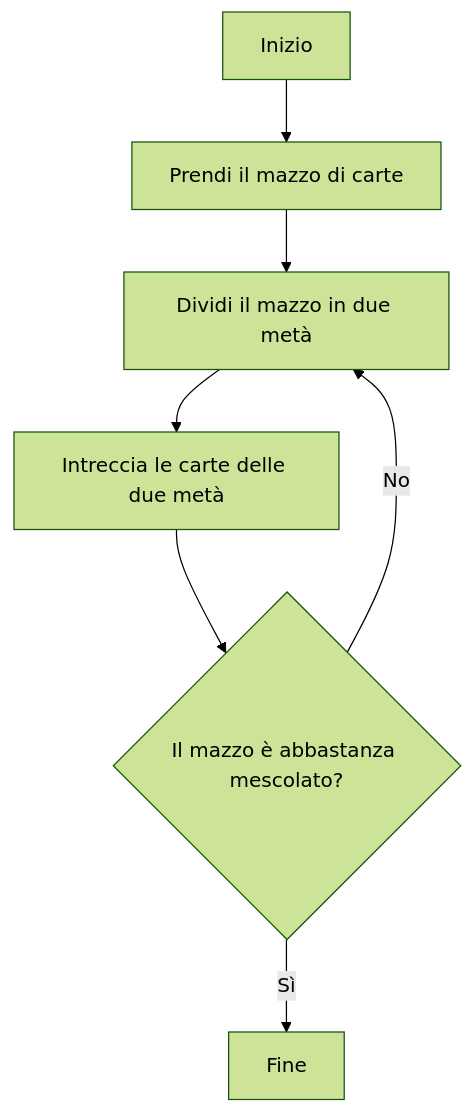
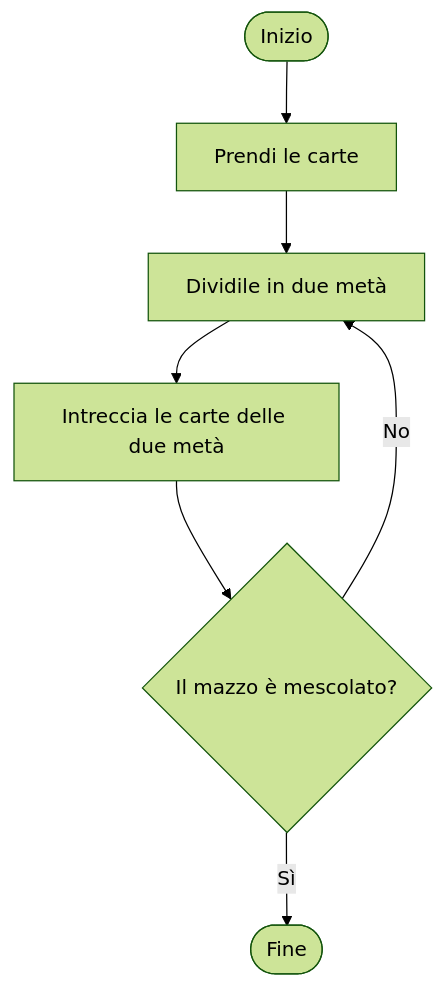
Before and after one commit to riccardodivirgilio/learning-zio: the first of 5 diagrams in src/content/docs/lessons/03-flow.md, drawn with Mermaid (forest theme). The commit also changed other lines of this file, not shown here.

````diff
--- a/src/content/docs/lessons/03-flow.md
+++ b/src/content/docs/lessons/03-flow.md
@@ -12,9 +12,9 @@
 ```mermaid
 flowchart TD
-    A[Inizio] --> B[Prendi il mazzo di carte]
-    B --> C[Dividi il mazzo in due metà]
+    A([Inizio]) --> B[Prendi le carte]
+    B --> C[Dividile in due metà]
     C --> D[Intreccia le carte delle due metà]
-    D --> E{Il mazzo è abbastanza mescolato?}
+    D --> E{Il mazzo è mescolato?}
     E -->|No| C
-    E -->|Sì| F[Fine]
+    E -->|Sì| F([Fine])
 ```
````
